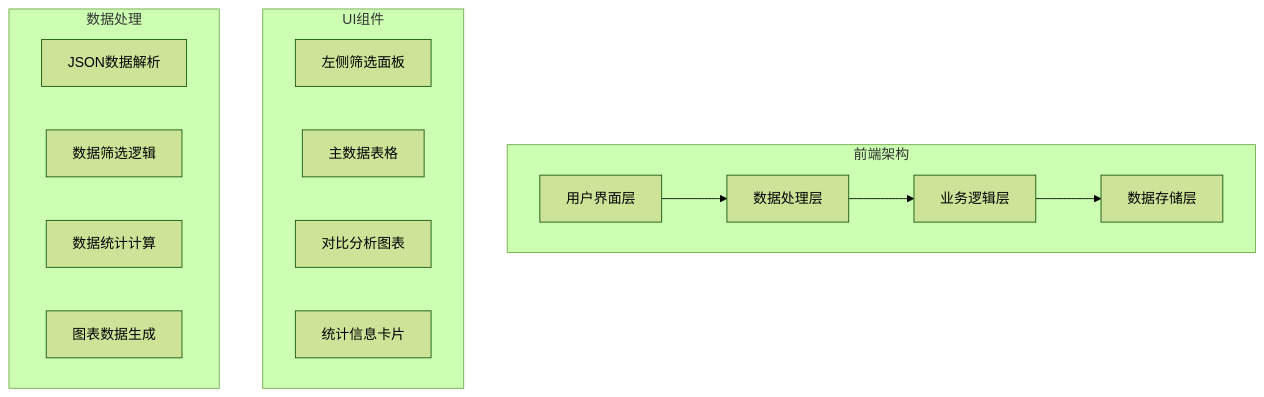
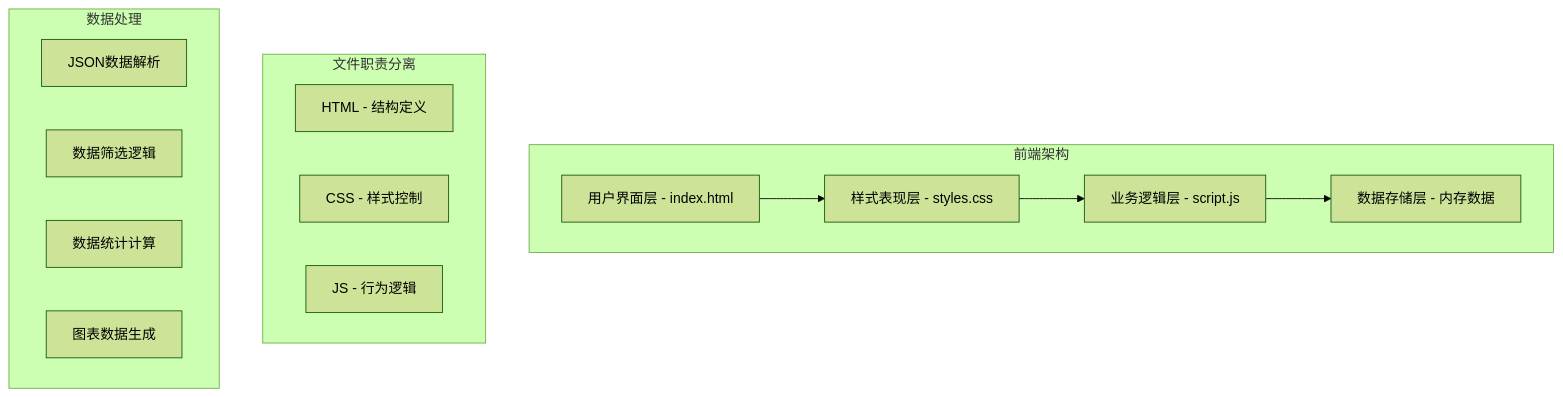
Before and after one commit to DelononLiu/afunc-agent: the second of 2 diagrams in examples/lmbench/设计文档.md, drawn with Mermaid (forest theme). The commit also changed other lines of this file, not shown here.

````diff
--- a/examples/lmbench/设计文档.md
+++ b/examples/lmbench/设计文档.md
@@ -31,27 +60,26 @@
 ```mermaid
 graph TB
     subgraph "前端架构"
-        A[用户界面层]
-        B[数据处理层]
-        C[业务逻辑层]
-        D[数据存储层]
+        A[用户界面层 - index.html]
+        B[样式表现层 - styles.css]
+        C[业务逻辑层 - script.js]
+        D[数据存储层 - 内存数据]
     end
     
     A --> B
     B --> C
     C --> D
     
-    subgraph "UI组件"
-        A1[左侧筛选面板]
-        A2[主数据表格]
-        A3[对比分析图表]
-        A4[统计信息卡片]
+    subgraph "文件职责分离"
+        A1[HTML - 结构定义]
+        A2[CSS - 样式控制]
+        A3[JS - 行为逻辑]
     end
     
     subgraph "数据处理"
         B1[JSON数据解析]
         B2[数据筛选逻辑]
         B3[数据统计计算]
         B4[图表数据生成]
     end
 ```
````
